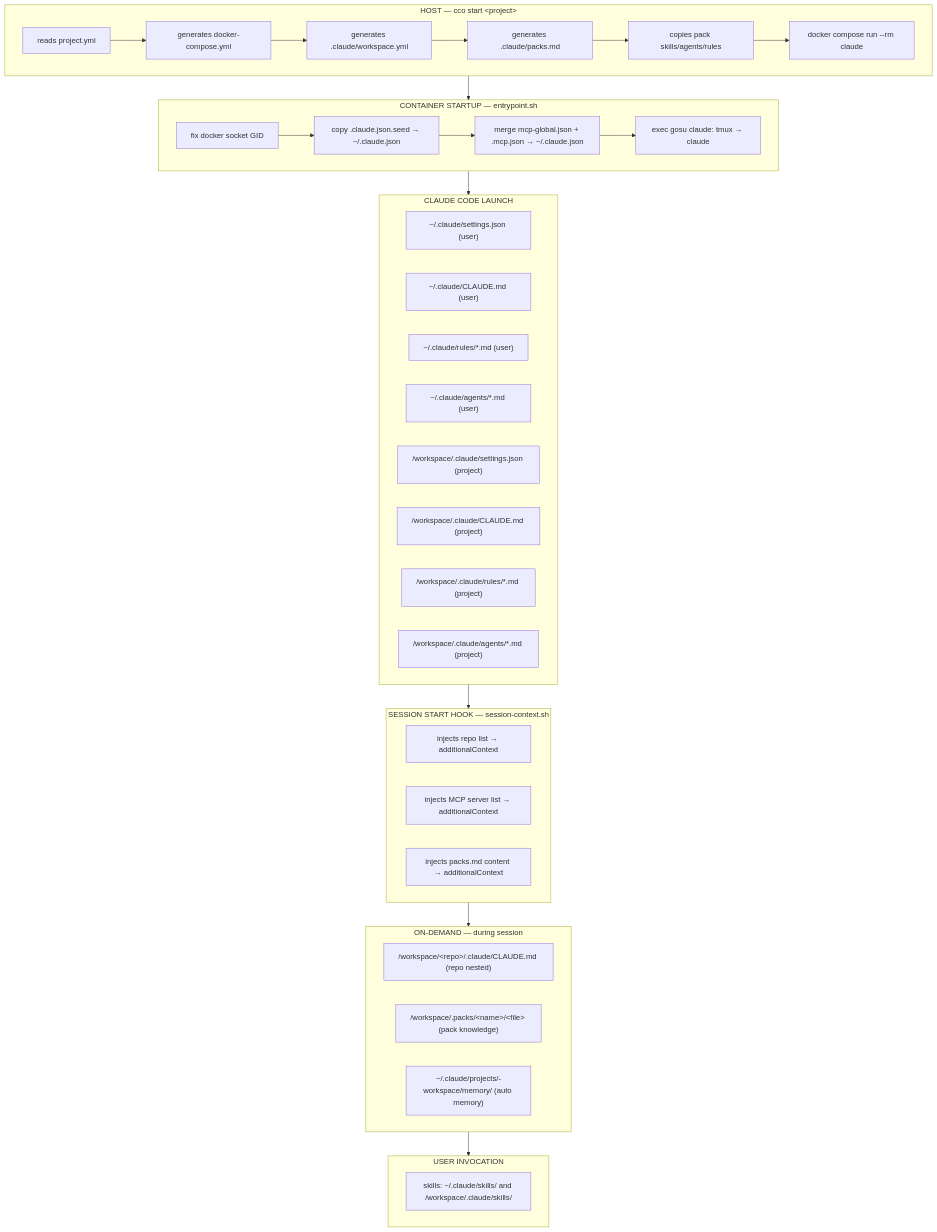
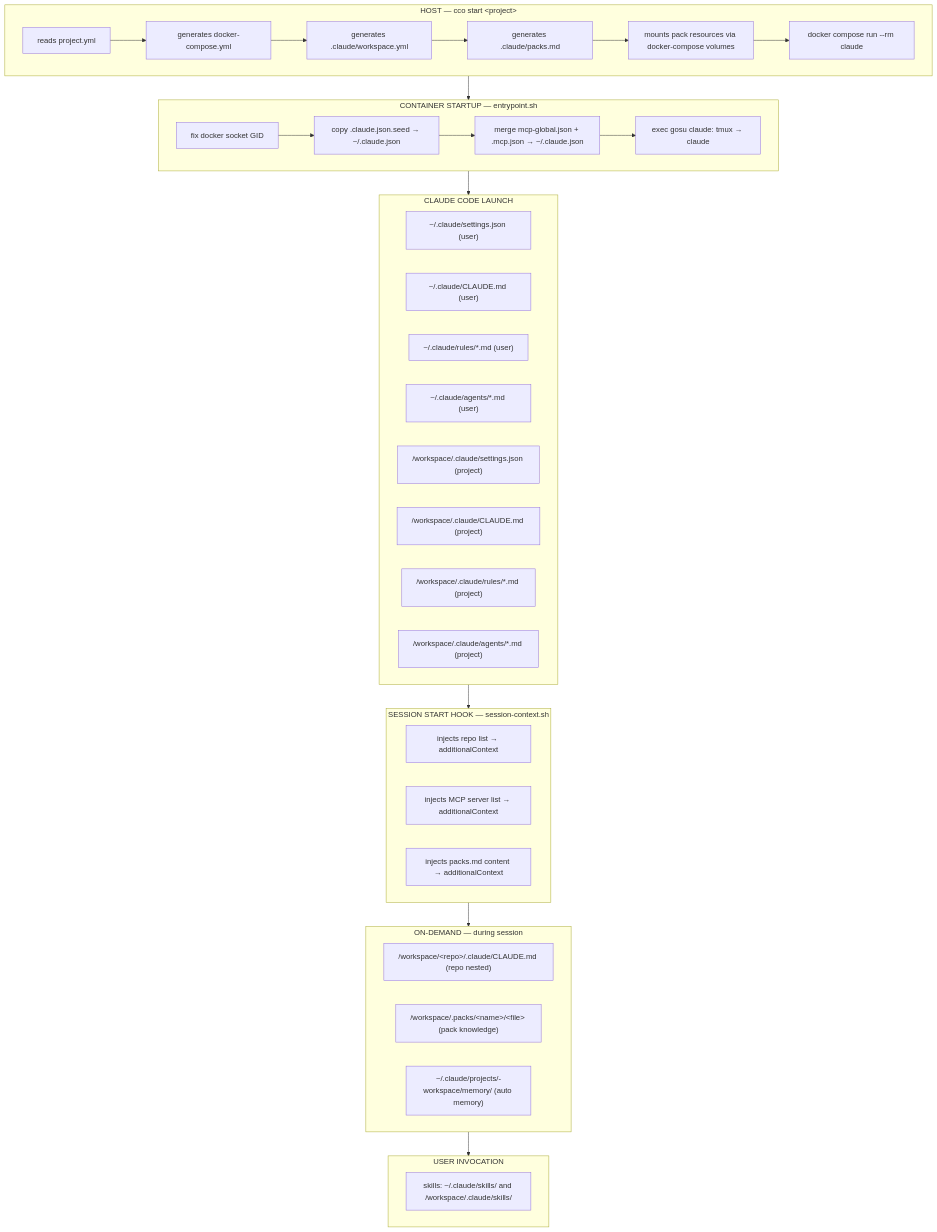
One commit to alergyonthestage/claude-orchestrator changed the diagram in docs/reference/context-hierarchy.md. Above: the diagram before and after it, drawn with Mermaid. The commit also changed other lines of this file and 7 other files, not shown here.

````diff
--- a/docs/reference/context-hierarchy.md
+++ b/docs/reference/context-hierarchy.md
@@ -709,49 +711,49 @@
 ```mermaid
 graph TD
     subgraph HOST ["HOST — cco start &lt;project&gt;"]
         H1[reads project.yml]
         H2[generates docker-compose.yml]
         H3[generates .claude/workspace.yml]
         H4[generates .claude/packs.md]
-        H5[copies pack skills/agents/rules]
+        H5[mounts pack resources via docker-compose volumes]
         H6[docker compose run --rm claude]
         H1 --> H2 --> H3 --> H4 --> H5 --> H6
     end
 
     subgraph ENTRY ["CONTAINER STARTUP — entrypoint.sh"]
         E1[fix docker socket GID]
         E2[copy .claude.json.seed → ~/.claude.json]
         E3[merge mcp-global.json + .mcp.json → ~/.claude.json]
         E4[exec gosu claude: tmux → claude]
         E1 --> E2 --> E3 --> E4
     end
 
     subgraph LAUNCH ["CLAUDE CODE LAUNCH"]
         L1["~/.claude/settings.json (user)"]
         L2["~/.claude/CLAUDE.md (user)"]
         L3["~/.claude/rules/*.md (user)"]
         L4["~/.claude/agents/*.md (user)"]
         L5["/workspace/.claude/settings.json (project)"]
         L6["/workspace/.claude/CLAUDE.md (project)"]
         L7["/workspace/.claude/rules/*.md (project)"]
         L8["/workspace/.claude/agents/*.md (project)"]
     end
 
     subgraph HOOK ["SESSION START HOOK — session-context.sh"]
         K1[injects repo list → additionalContext]
         K2[injects MCP server list → additionalContext]
         K3[injects packs.md content → additionalContext]
     end
 
     subgraph DEMAND ["ON-DEMAND — during session"]
         D1["/workspace/&lt;repo&gt;/.claude/CLAUDE.md (repo nested)"]
         D2["/workspace/.packs/&lt;name&gt;/&lt;file&gt; (pack knowledge)"]
         D3["~/.claude/projects/-workspace/memory/ (auto memory)"]
     end
 
     subgraph USER ["USER INVOCATION"]
         U1["skills: ~/.claude/skills/ and /workspace/.claude/skills/"]
     end
 
     HOST --> ENTRY --> LAUNCH --> HOOK --> DEMAND --> USER
 ```
````
